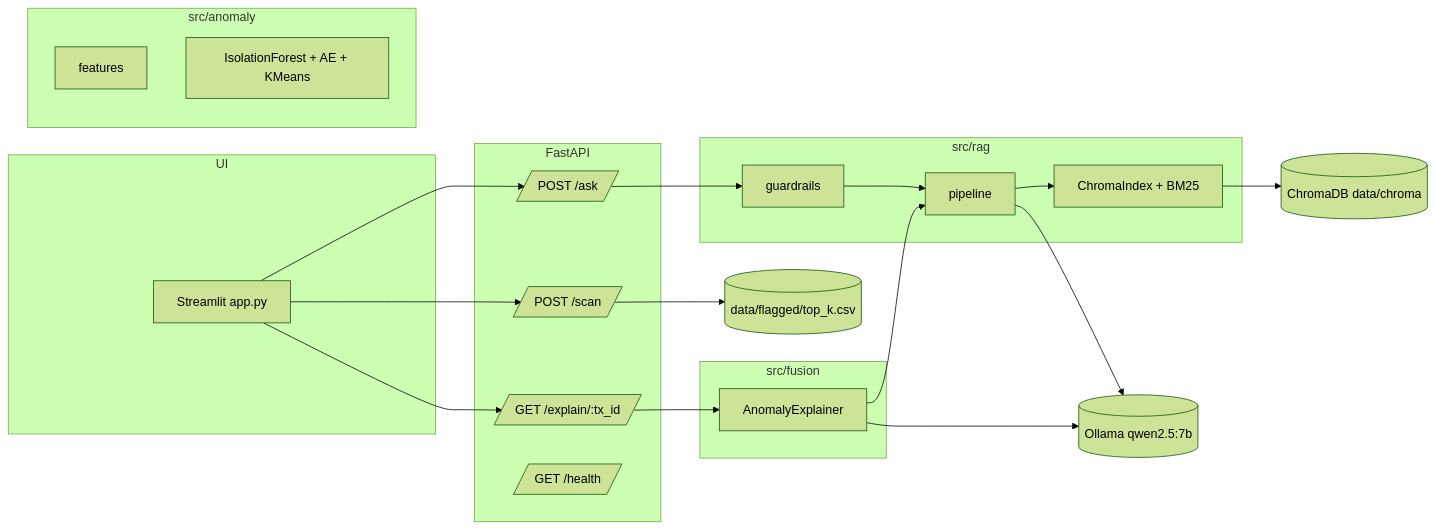
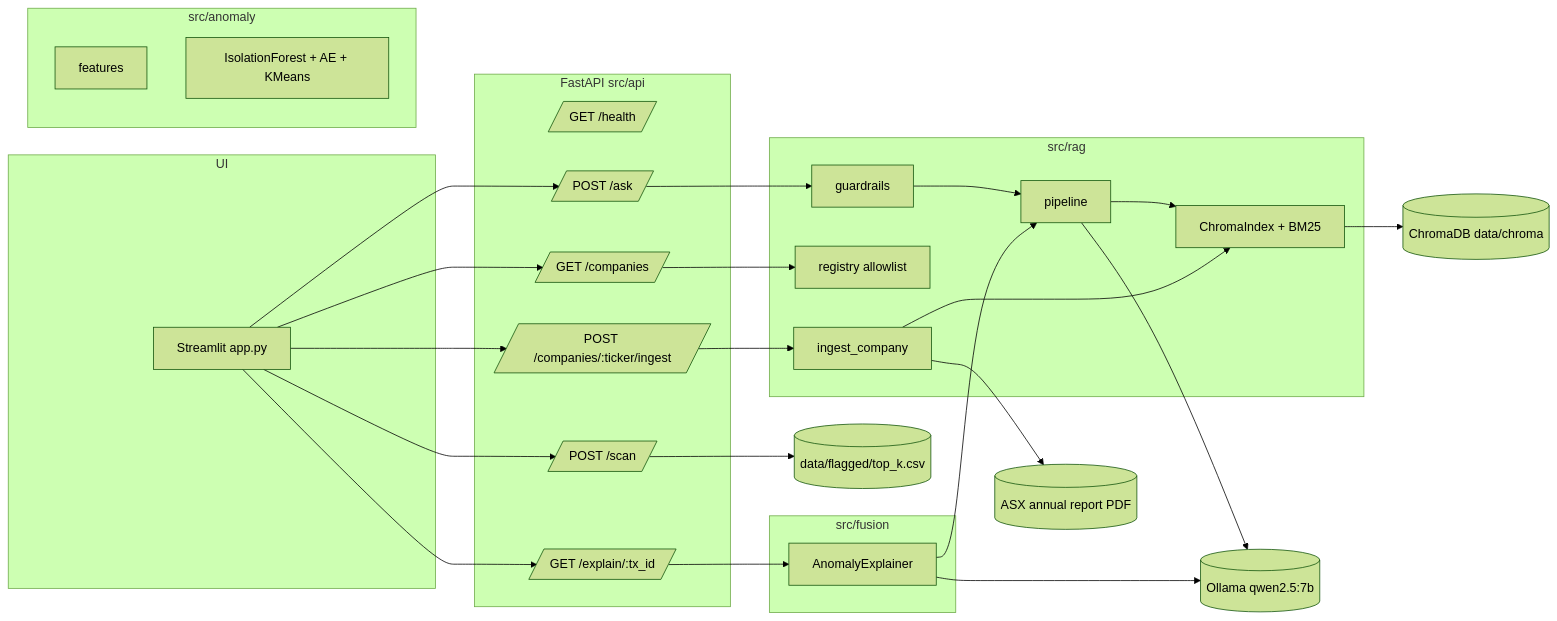
The diagram in README.md (MRafagnin/audit-copilot), drawn with Mermaid (forest theme) before and after one commit. The commit also changed other lines of this file and 4 other files, not shown here.

````diff
--- a/README.md
+++ b/README.md
@@ -15,36 +54,46 @@
 ```mermaid
 flowchart LR
     subgraph UI
         ST[Streamlit app.py]
     end
-    subgraph API[FastAPI]
+    subgraph API[FastAPI src/api]
+        HEALTH[/GET /health/]
         ASK[/POST /ask/]
         SCAN[/POST /scan/]
         EXP[/GET /explain/:tx_id/]
-        HEALTH[/GET /health/]
+        COMPS[/GET /companies/]
+        ING[/POST /companies/:ticker/ingest/]
     end
     subgraph RAG[src/rag]
         GUARD[guardrails]
         PIPE[pipeline]
+        REG[registry allowlist]
+        ING2[ingest_company]
         IDX[ChromaIndex + BM25]
     end
     subgraph ANOM[src/anomaly]
         FEAT[features]
         ENS[IsolationForest + AE + KMeans]
     end
     subgraph FUSION[src/fusion]
         EXPL[AnomalyExplainer]
     end
     LLM[(Ollama qwen2.5:7b)]
     CHROMA[(ChromaDB data/chroma)]
     GL[(data/flagged/top_k.csv)]
+    PDF[(ASX annual report PDF)]
 
     ST --> ASK
     ST --> SCAN
     ST --> EXP
+    ST --> COMPS
+    ST --> ING
     ASK --> GUARD --> PIPE --> IDX --> CHROMA
     PIPE --> LLM
     SCAN --> GL
     EXP --> EXPL --> PIPE
     EXPL --> LLM
+    COMPS --> REG
+    ING --> ING2 --> PDF
+    ING2 --> IDX
 ```
````
